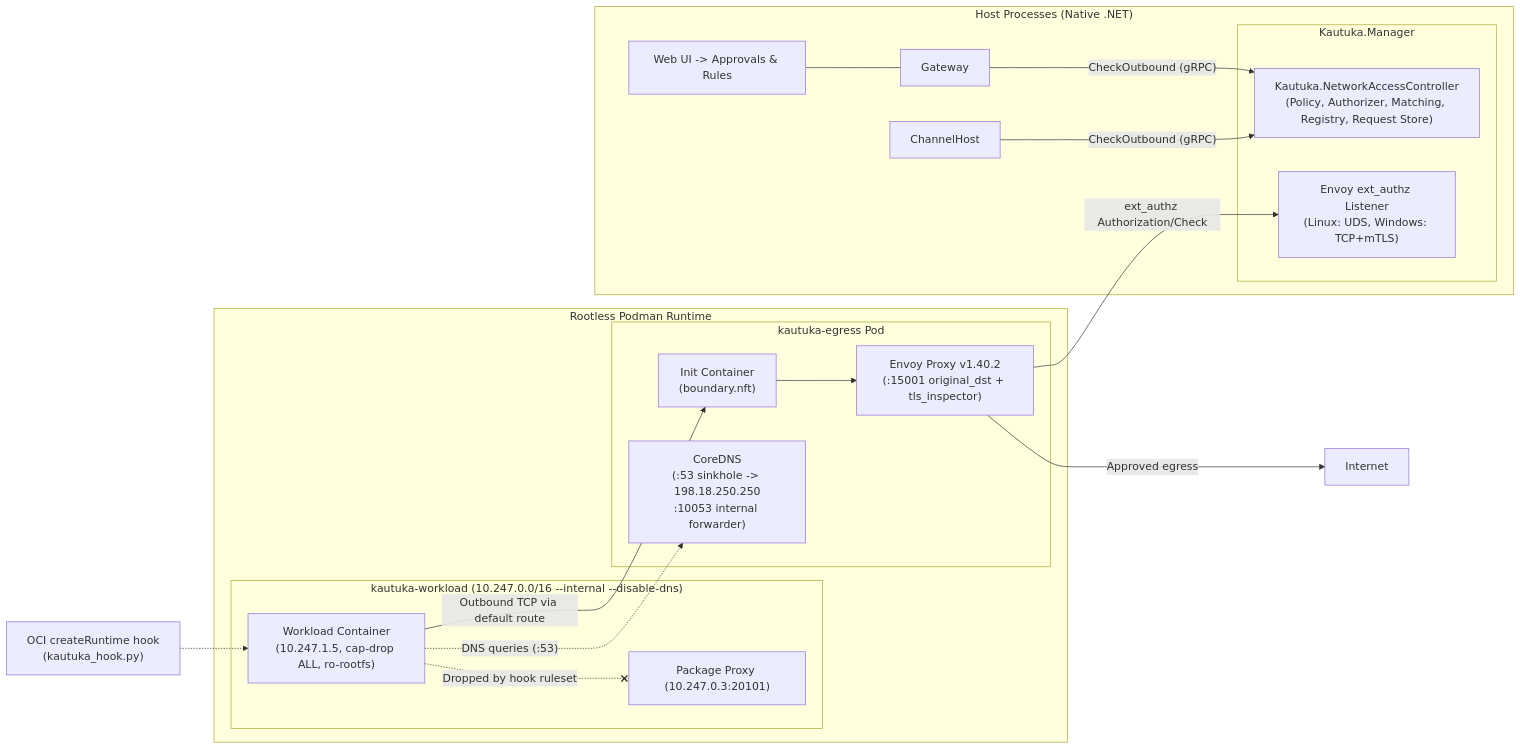
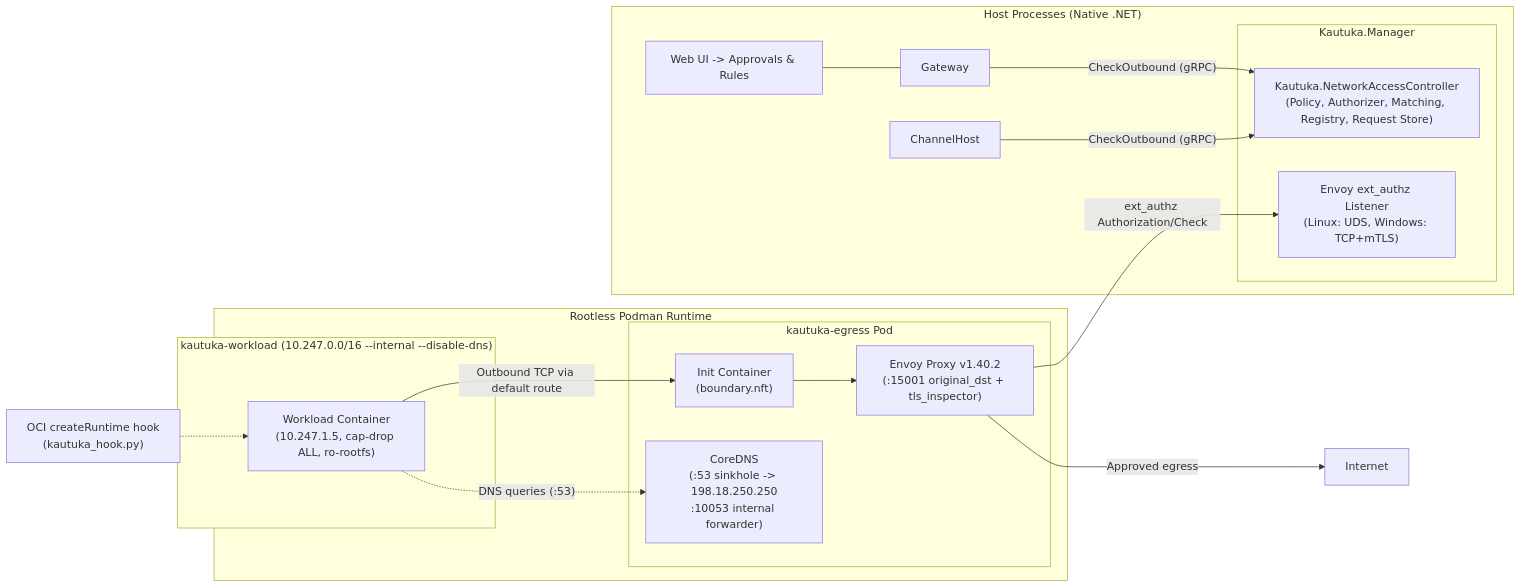
One commit to devkrity/kautuka changed the diagram in docs/operations/network-access.md. Above: the diagram before and after it, drawn with Mermaid. The commit also changed other lines of this file and 1 other file, not shown here.

````diff
--- a/docs/operations/network-access.md
+++ b/docs/operations/network-access.md
@@ -21,35 +21,33 @@
 ```mermaid
 flowchart LR
   subgraph HOST["Host Processes (Native .NET)"]
     GW["Gateway"]
     CH["ChannelHost"]
     subgraph MGR["Kautuka.Manager"]
       NAC["Kautuka.NetworkAccessController<br/>(Policy, Authorizer, Matching, Registry, Request Store)"]
       LST["Envoy ext_authz Listener<br/>(Linux: UDS, Windows: TCP+mTLS)"]
     end
     UI["Web UI -> Approvals & Rules"]
   end
 
   GW -->|"CheckOutbound (gRPC)"| NAC
   CH -->|"CheckOutbound (gRPC)"| NAC
   UI --- GW
 
   subgraph PODMAN["Rootless Podman Runtime"]
     subgraph WL["kautuka-workload (10.247.0.0/16 --internal --disable-dns)"]
       W1["Workload Container<br/>(10.247.1.5, cap-drop ALL, ro-rootfs)"]
-      PK["Package Proxy (10.247.0.3:20101)"]
     end
     subgraph EG["kautuka-egress Pod"]
       INIT["Init Container<br/>(boundary.nft)"]
       ENV["Envoy Proxy v1.40.2<br/>(:15001 original_dst + tls_inspector)"]
       DNS["CoreDNS<br/>(:53 sinkhole -> 198.18.250.250<br/>:10053 internal forwarder)"]
     end
   end
 
   W1 -->|"Outbound TCP via default route"| INIT --> ENV
   W1 -.->|"DNS queries (:53)"| DNS
   ENV -->|"ext_authz Authorization/Check"| LST
   ENV -->|"Approved egress"| NET["Internet"]
-  W1 -.-x|"Dropped by hook ruleset"| PK
   HOOK["OCI createRuntime hook<br/>(kautuka_hook.py)"] -.-> W1
 ```
````
